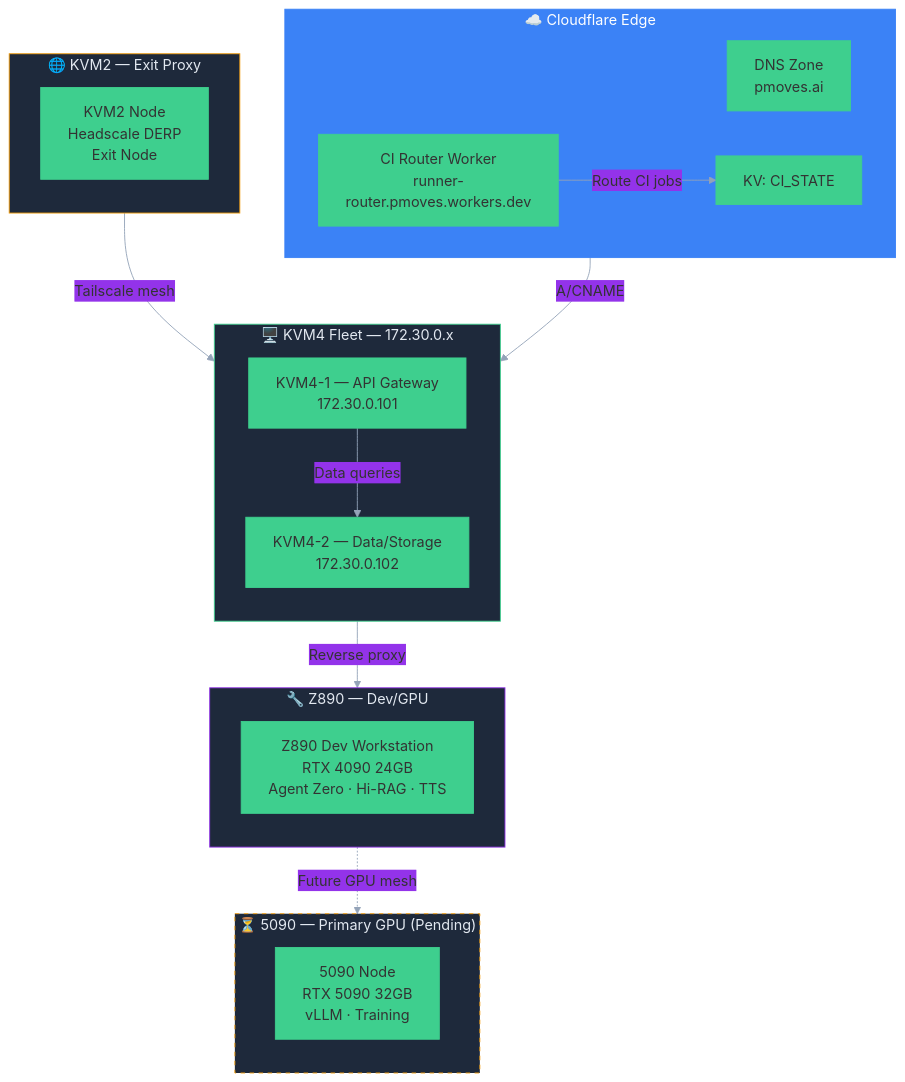
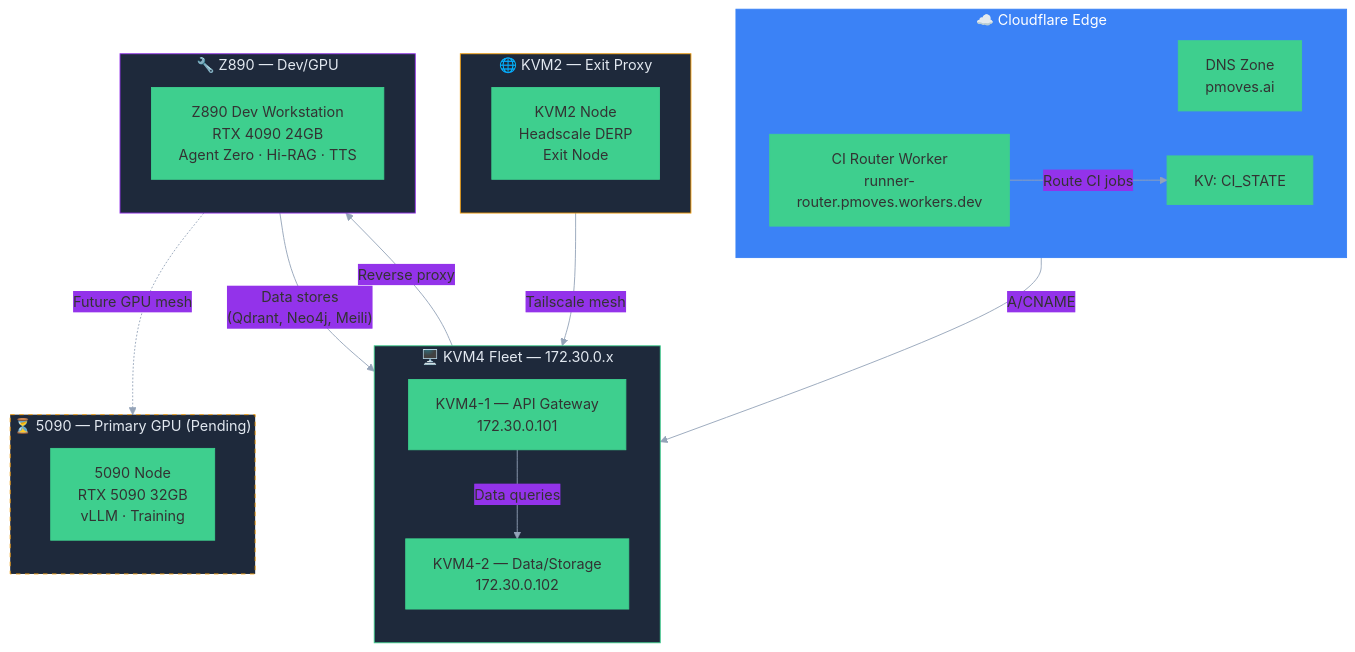
Before and after one commit to POWERFULMOVES/PMOVES.AI: the diagram in pmoves/docs/operations/diagrams/node-topology.mmd, drawn with Mermaid.

Commit message:
fix(docs): add Z890→KVM4-2 data stores edge in node topology
Z890 services (Hi-RAG, Agent Zero) query data stores on KVM4-2 (Qdrant,
Neo4j, Meilisearch) directly, but this edge was missing from the diagram.

```diff
--- a/pmoves/docs/operations/diagrams/node-topology.mmd
+++ b/pmoves/docs/operations/diagrams/node-topology.mmd
@@ -1,49 +1,50 @@
 %%{init: {'theme':'base', 'themeVariables': {
   'primaryColor': '#3ecf8e',
   'primaryBorderColor': '#3ecf8e',
   'secondaryColor': '#9333ea',
   'tertiaryColor': '#3b82f6',
   'background': 'transparent',
   'lineColor': '#94a3b8'
 }}}%%
 flowchart TD
     subgraph CF["☁️ Cloudflare Edge"]
         direction LR
         DNS["DNS Zone<br/>pmoves.ai"]
         Worker["CI Router Worker<br/>runner-router.pmoves.workers.dev"]
         KV["KV: CI_STATE"]
     end
 
     subgraph KVM4["🖥️ KVM4 Fleet — 172.30.0.x"]
         direction TB
         KVM41["KVM4-1 — API Gateway<br/>172.30.0.101"]
         KVM42["KVM4-2 — Data/Storage<br/>172.30.0.102"]
     end
 
     subgraph KVM2["🌐 KVM2 — Exit Proxy"]
         direction TB
         KVM2N["KVM2 Node<br/>Headscale DERP<br/>Exit Node"]
     end
 
     subgraph Z890["🔧 Z890 — Dev/GPU"]
         direction TB
         Z890N["Z890 Dev Workstation<br/>RTX 4090 24GB<br/>Agent Zero · Hi-RAG · TTS"]
     end
 
     subgraph P5090["⏳ 5090 — Primary GPU (Pending)"]
         direction TB
         P5090N["5090 Node<br/>RTX 5090 32GB<br/>vLLM · Training"]
     end
 
     DNS -->|"A/CNAME"| KVM41
     Worker -->|"Route CI jobs"| KV
     KVM41 -->|"Reverse proxy"| Z890N
     KVM41 -->|"Data queries"| KVM42
+    Z890N -->|"Data stores<br/>(Qdrant, Neo4j, Meili)"| KVM42
     KVM2N -->|"Tailscale mesh"| KVM41
     Z890N -.->|"Future GPU mesh"| P5090N
 
     style CF fill:#3b82f6,stroke:#3b82f6,color:#fff
     style KVM4 fill:#1e293b,stroke:#3ecf8e,color:#e2e8f0
     style KVM2 fill:#1e293b,stroke:#f59e0b,color:#e2e8f0
     style Z890 fill:#1e293b,stroke:#9333ea,color:#e2e8f0
     style P5090 fill:#1e293b,stroke:#f59e0b,color:#e2e8f0,stroke-dasharray: 5 5
```
